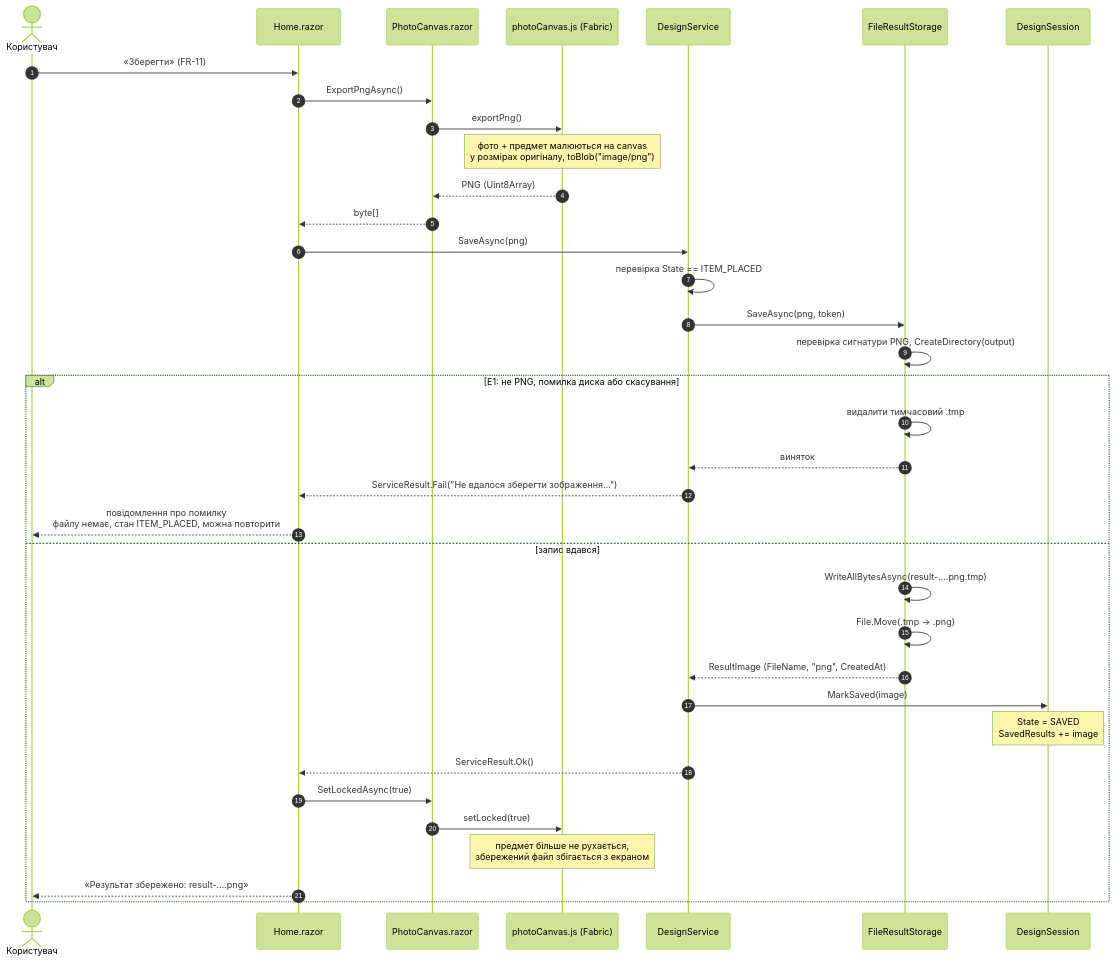
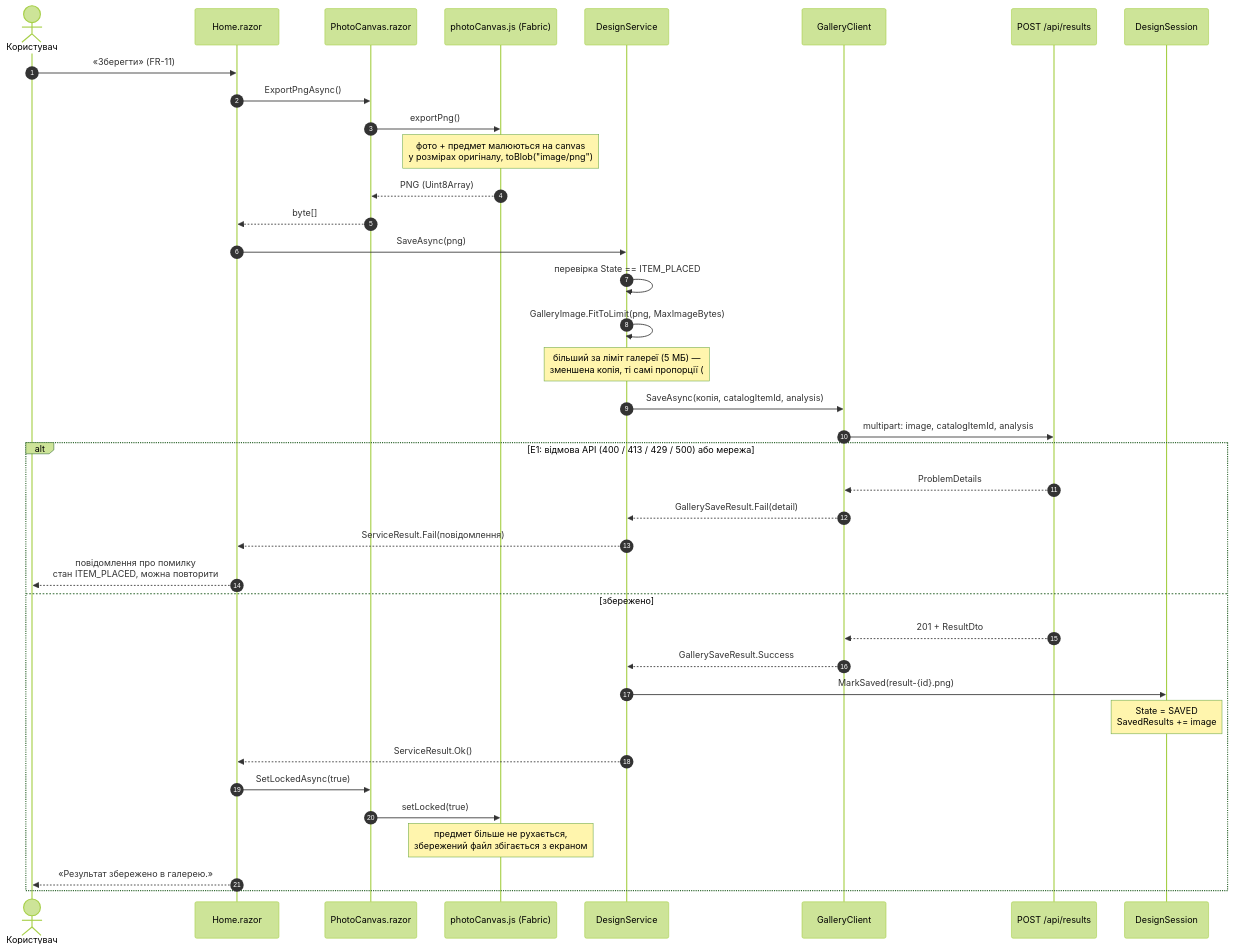
The third of 3 diagrams in docs/models/sequences/UC-04-semeniuta.md (ilSPACEli/AiDesigner), drawn with Mermaid (forest theme) before and after one commit. The commit also changed other lines of this file and 2 other files, not shown here.

Commit message:
docs: CR-08 for AC-21 and UC-04 save sequence via gallery API

````diff
--- a/docs/models/sequences/UC-04-semeniuta.md
+++ b/docs/models/sequences/UC-04-semeniuta.md
@@ -79,39 +79,41 @@
 ```mermaid
 sequenceDiagram
     autonumber
     actor U as Користувач
     participant P as Home.razor
     participant C as PhotoCanvas.razor
     participant JS as photoCanvas.js (Fabric)
     participant DS as DesignService
-    participant FS as FileResultStorage
+    participant GC as GalleryClient
+    participant API as POST /api/results
     participant S as DesignSession
 
     U->>P: «Зберегти» (FR-11)
     P->>C: ExportPngAsync()
     C->>JS: exportPng()
     Note over JS: фото + предмет малюються на canvas<br/>у розмірах оригіналу, toBlob("image/png")
     JS-->>C: PNG (Uint8Array)
     C-->>P: byte[]
     P->>DS: SaveAsync(png)
     DS->>DS: перевірка State == ITEM_PLACED
-    DS->>FS: SaveAsync(png, token)
-    FS->>FS: перевірка сигнатури PNG, CreateDirectory(output)
-    alt E1: не PNG, помилка диска або скасування
-        FS->>FS: видалити тимчасовий .tmp
-        FS-->>DS: виняток
-        DS-->>P: ServiceResult.Fail("Не вдалося зберегти зображення…")
-        P-->>U: повідомлення про помилку<br/>файлу немає, стан ITEM_PLACED, можна повторити
-    else запис вдався
-        FS->>FS: WriteAllBytesAsync(result-….png.tmp)
-        FS->>FS: File.Move(.tmp → .png)
-        FS-->>DS: ResultImage (FileName, "png", CreatedAt)
-        DS->>S: MarkSaved(image)
+    DS->>DS: GalleryImage.FitToLimit(png, MaxImageBytes)
+    Note over DS: більший за ліміт галереї (5 МБ) —<br/>зменшена копія, ті самі пропорції (#53, CR-08)
+    DS->>GC: SaveAsync(копія, catalogItemId, analysis)
+    GC->>API: multipart: image, catalogItemId, analysis
+    alt E1: відмова API (400 / 413 / 429 / 500) або мережа
+        API-->>GC: ProblemDetails
+        GC-->>DS: GallerySaveResult.Fail(detail)
+        DS-->>P: ServiceResult.Fail(повідомлення)
+        P-->>U: повідомлення про помилку<br/>стан ITEM_PLACED, можна повторити
+    else збережено
+        API-->>GC: 201 + ResultDto
+        GC-->>DS: GallerySaveResult.Success
+        DS->>S: MarkSaved(result-{id}.png)
         Note over S: State = SAVED<br/>SavedResults += image
         DS-->>P: ServiceResult.Ok()
         P->>C: SetLockedAsync(true)
         C->>JS: setLocked(true)
         Note over JS: предмет більше не рухається,<br/>збережений файл збігається з екраном
-        P-->>U: «Результат збережено: result-….png»
+        P-->>U: «Результат збережено в галерею.»
     end
 ```
````
